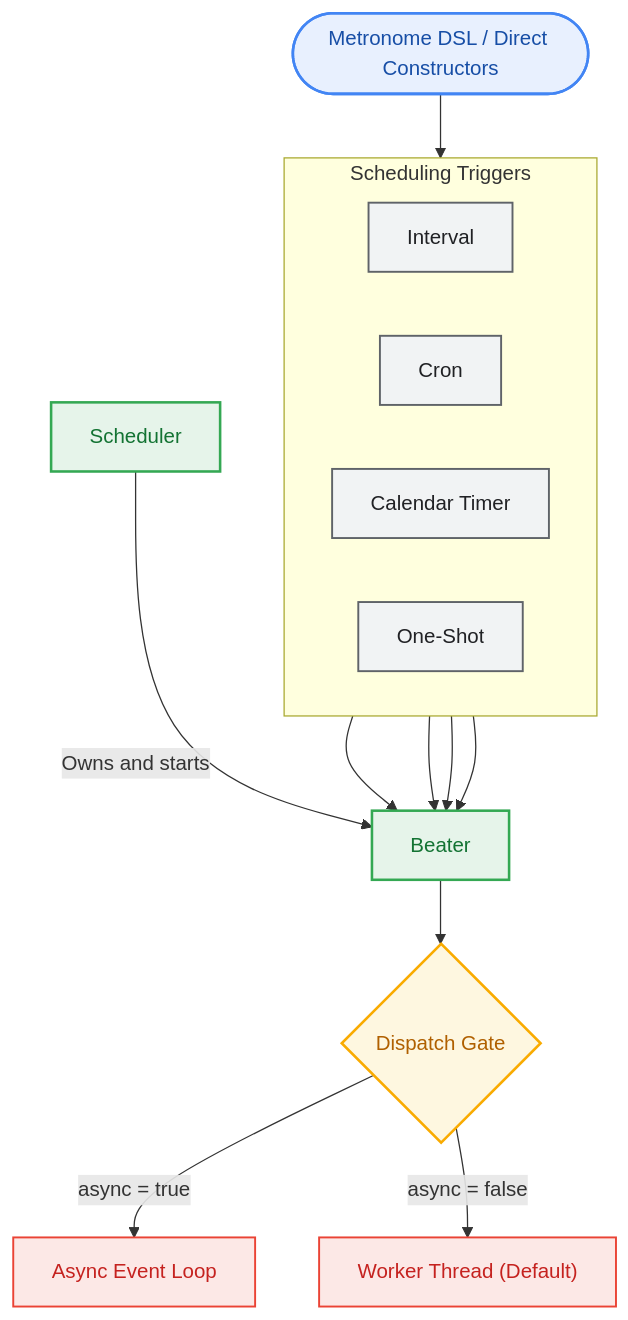
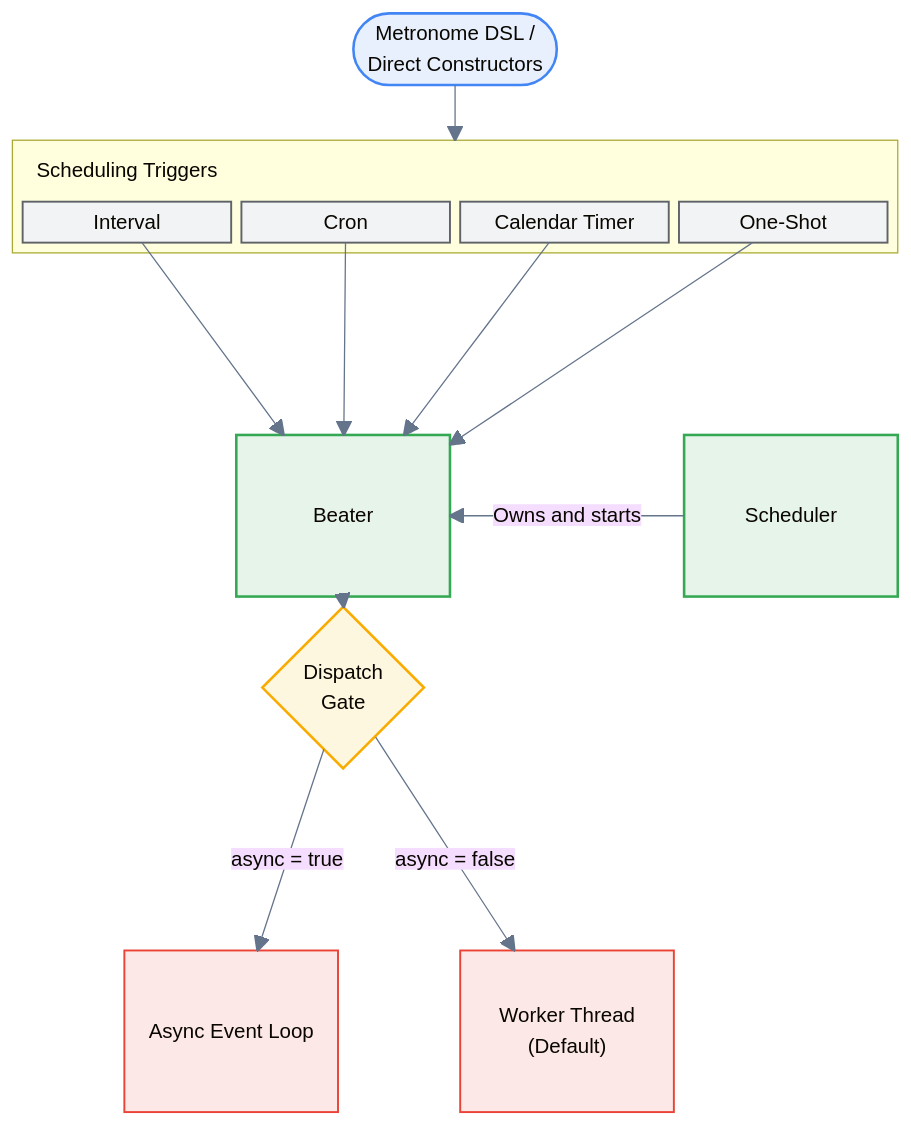
Before and after one commit to titanomachy/Metronome: the diagram in README.md, drawn with Mermaid. The commit also changed 1 other file, not shown here.

Commit message:
Refactor conceptual application diagram

````diff
--- a/README.md
+++ b/README.md
@@ -42,36 +42,50 @@
 ```mermaid
-flowchart TB
-  DSL(["Metronome DSL / Direct Constructors"]):::entry
+---
+config:
+  theme: base
+  themeVariables:
+    textColor: "#202124"
+    primaryTextColor: "#202124"
+    lineColor: "#64748b"
+---
+block-beta
+  columns 8
+  space:3 DSL(["Metronome DSL /<br/>Direct Constructors"]):2 space:3
 
-  subgraph INTERFACES["Scheduling Triggers"]
-    direction LR
-    EVERY["Interval"]:::trigger
-    CRON["Cron"]:::trigger
-    TIMER["Calendar Timer"]:::trigger
-    AT["One-Shot"]:::trigger
+  block:INTERFACES:8
+    columns 4
+    TRIGGER_TITLE["Scheduling Triggers"]:4
+    EVERY["Interval"] CRON["Cron"] TIMER["Calendar Timer"] AT["One-Shot"]
   end
 
-  BEATER["Beater"]:::core
-  SCHEDULER["Scheduler"]:::core
-  GATE{"Dispatch Gate"}:::gate
-  ASYNC["Async Event Loop"]:::target
-  THREAD["Worker Thread (Default)"]:::target
+  space:8
+  %% Keep Scheduler to the right of Beater on the same row.
+  space:2 BEATER["Beater"]:2 space:2 SCHEDULER["Scheduler"]:2
+  space:2 GATE{"Dispatch<br/>Gate"}:2 space:4
+  space:8
+  space ASYNC["Async Event Loop"]:2 space THREAD["Worker Thread<br/>(Default)"]:2 space:2
 
   DSL --> INTERFACES
   EVERY --> BEATER
   CRON --> BEATER
   TIMER --> BEATER
   AT --> BEATER
+  SCHEDULER -- "Owns and starts" --> BEATER
+  BEATER --> GATE
+  GATE -- "async = true" --> ASYNC
+  GATE -- "async = false" --> THREAD
 
-  SCHEDULER -->|Owns and starts| BEATER
-  BEATER --> GATE
-  GATE -->|async = true| ASYNC
-  GATE -->|async = false| THREAD
+  class DSL entry
+  class EVERY,CRON,TIMER,AT trigger
+  class BEATER,SCHEDULER core
+  class GATE gate
+  class ASYNC,THREAD target
 
-  %% Styling palette
   classDef entry fill:#e8f0fe,stroke:#4285f4,stroke-width:2px,color:#174ea6;
   classDef trigger fill:#f1f3f4,stroke:#5f6368,stroke-width:1.5px,color:#202124;
   classDef core fill:#e6f4ea,stroke:#34a853,stroke-width:2px,color:#137333;
   classDef gate fill:#fef7e0,stroke:#f9ab00,stroke-width:2px,color:#b06000;
   classDef target fill:#fce8e6,stroke:#ea4335,stroke-width:1.5px,color:#c5221f;
+  style TRIGGER_TITLE fill:none,stroke:none;
+  style INTERFACES fill:#ffffde,stroke:#aaaa33,stroke-width:1px;
 ```
````
